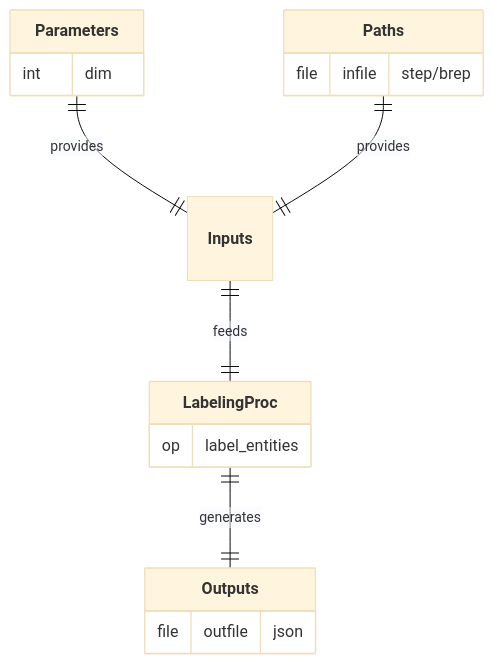
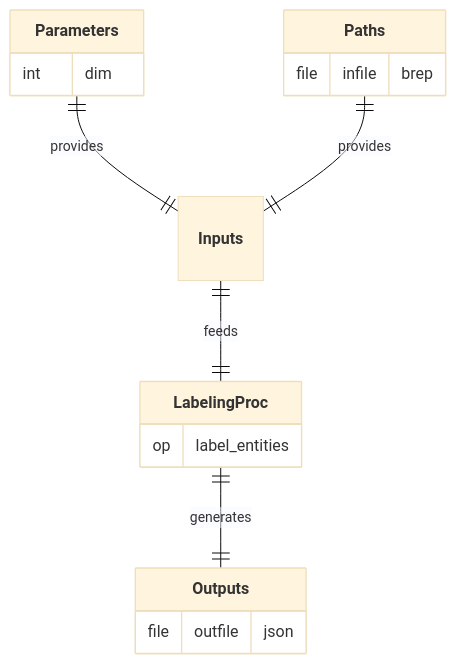
Before and after one commit to nuremics/sim-labs: the diagram in src/nuremics_labs/apps/simulation/CANTILEVER_SHEAR_APP/procs/LabelingProc/README.md, drawn with Mermaid (base theme). The commit also changed other lines of this file and 4 other files, not shown here.

````diff
--- a/src/nuremics_labs/apps/simulation/CANTILEVER_SHEAR_APP/procs/LabelingProc/README.md
+++ b/src/nuremics_labs/apps/simulation/CANTILEVER_SHEAR_APP/procs/LabelingProc/README.md
@@ -13,20 +8,20 @@
 ```mermaid
 erDiagram
   **Parameters** ||--|| **Inputs** : provides
   **Paths** ||--|| **Inputs** : provides
   **Inputs** ||--|| **LabelingProc** : feeds
   **LabelingProc** ||--|| **Outputs** : generates
 
   **Parameters** {
     int dim
   }
   **Paths** {
-    file infile "step/brep"
+    file infile "brep"
   }
   **LabelingProc** {
     op label_entities
   }
   **Outputs** {
     file outfile "json"
   }
 ```
````
